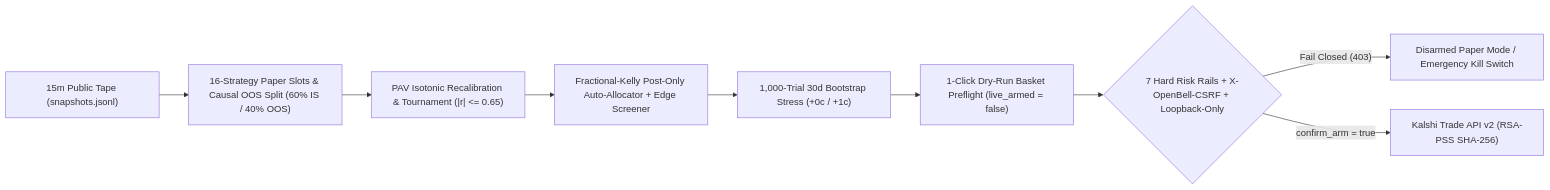
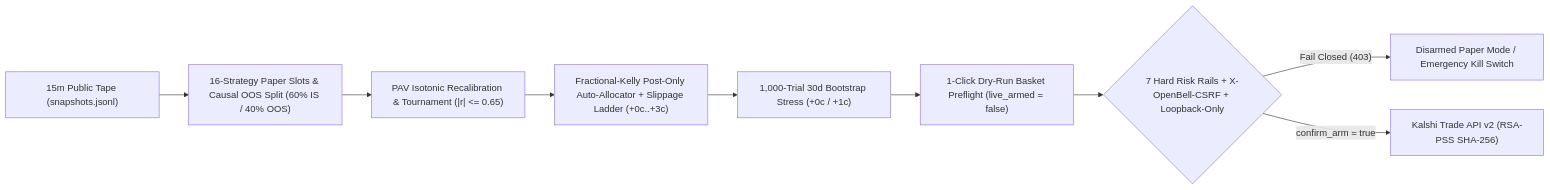
Before and after one commit to cayleb-james2008/openbell: the diagram in README.md, drawn with Mermaid. The commit also changed other lines of this file and 93 other files, not shown here.

Commit message:
release: OpenBell v0.21.0 slippage sensitivity ladder & <5.90MB binary / <19MB RSS

````diff
--- a/README.md
+++ b/README.md
@@ -50,11 +46,11 @@
 ```mermaid
 flowchart LR
   T["15m Public Tape (snapshots.jsonl)"] --> S["16-Strategy Paper Slots & Causal OOS Split (60% IS / 40% OOS)"]
   S --> Q["PAV Isotonic Recalibration & Tournament (|r| <= 0.65)"]
-  Q --> A["Fractional-Kelly Post-Only Auto-Allocator + Edge Screener"]
+  Q --> A["Fractional-Kelly Post-Only Auto-Allocator + Slippage Ladder (+0c..+3c)"]
   A --> B["1,000-Trial 30d Bootstrap Stress (+0c / +1c)"]
   B --> P["1-Click Dry-Run Basket Preflight (live_armed = false)"]
   P --> R{"7 Hard Risk Rails + X-OpenBell-CSRF + Loopback-Only"}
   R -- "Fail Closed (403)" --> D["Disarmed Paper Mode / Emergency Kill Switch"]
   R -- "confirm_arm = true" --> K["Kalshi Trade API v2 (RSA-PSS SHA-256)"]
 ```
````
